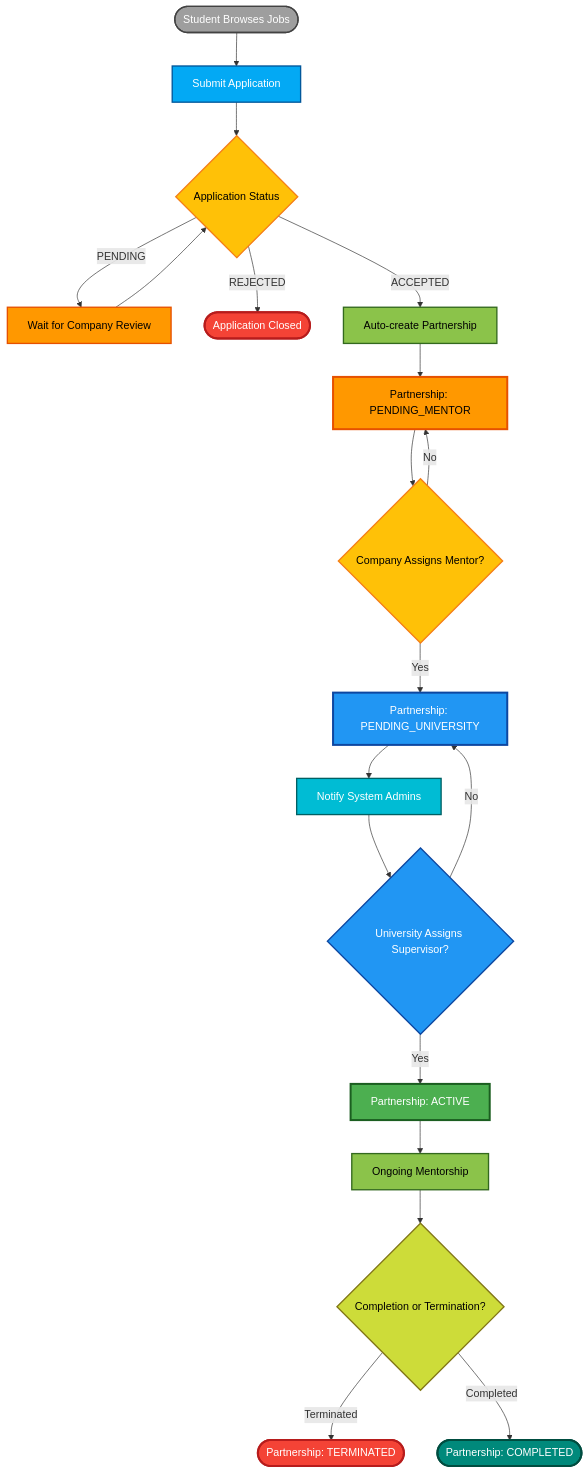
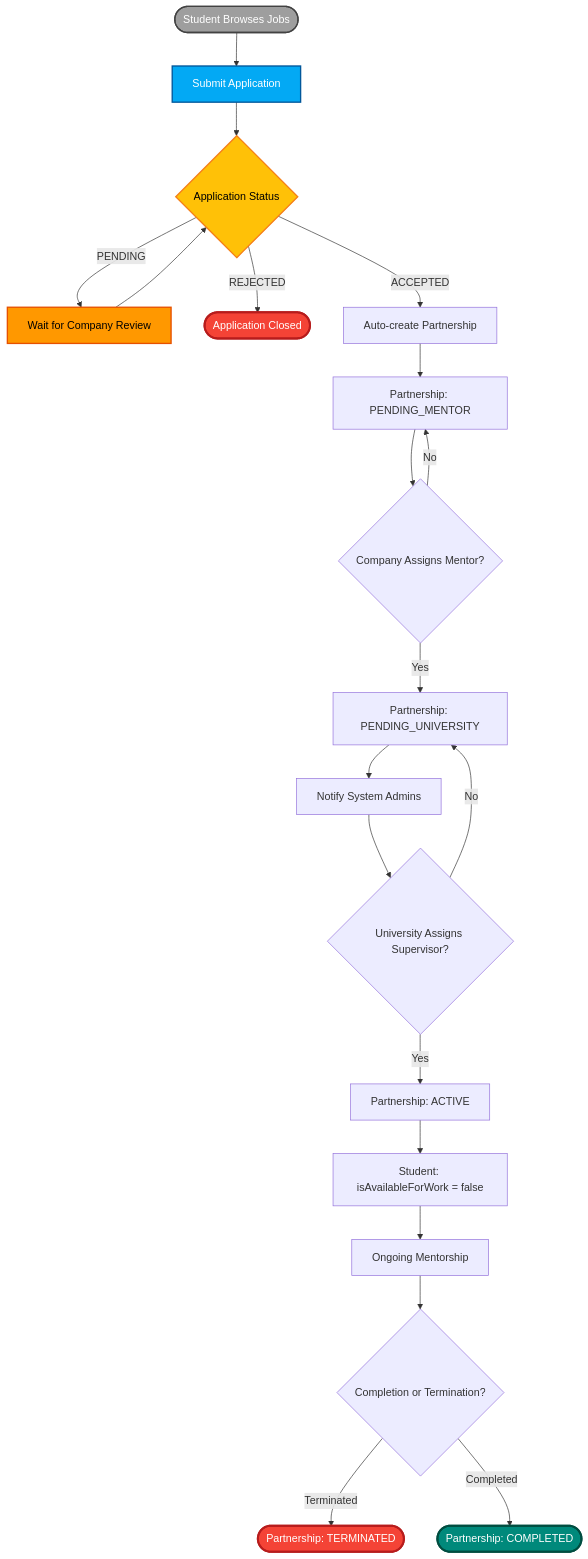
One commit to myloo23/dual-kepzes-frontend changed the seventh of 9 diagrams in backend dokumentacio.md. Above: the diagram before and after it, drawn with Mermaid. The commit also changed other lines of this file and 3 other files, not shown here.

````diff
--- a/backend dokumentacio.md
+++ b/backend dokumentacio.md
@@ -347,44 +492,36 @@
 ```mermaid
 flowchart TD
     Start([Student Browses Jobs]) --> Apply[Submit Application]
     Apply --> Status{Application Status}
 
     Status -->|PENDING| Wait[Wait for Company Review]
     Wait --> Status
 
     Status -->|REJECTED| End1([Application Closed])
 
     Status -->|ACCEPTED| CreatePartnership[Auto-create Partnership]
     CreatePartnership --> P1[Partnership: PENDING_MENTOR]
 
     P1 --> AssignMentor{Company Assigns Mentor?}
     AssignMentor -->|Yes| P2[Partnership: PENDING_UNIVERSITY]
     AssignMentor -->|No| P1
 
     P2 --> Notify1[Notify System Admins]
     Notify1 --> AssignUni{University Assigns Supervisor?}
     AssignUni -->|Yes| P3[Partnership: ACTIVE]
+    P3 --> SetAvail[Student: isAvailableForWork = false]
+    SetAvail --> Monitor[Ongoing Mentorship]
     AssignUni -->|No| P2
-
-    P3 --> Monitor[Ongoing Mentorship]
     Monitor --> Complete{Completion or Termination?}
     Complete -->|Terminated| End2([Partnership: TERMINATED])
     Complete -->|Completed| End3([Partnership: COMPLETED])
 
     style Start fill:#9e9e9e,stroke:#424242,stroke-width:2px,color:#fff
     style Apply fill:#03a9f4,stroke:#01579b,stroke-width:2px,color:#fff
     style Status fill:#ffc107,stroke:#f57f17,stroke-width:2px,color:#000
     style Wait fill:#ff9800,stroke:#e65100,stroke-width:2px,color:#000
     style End1 fill:#f44336,stroke:#b71c1c,stroke-width:3px,color:#fff
-    style CreatePartnership fill:#8bc34a,stroke:#33691e,stroke-width:2px,color:#000
-    style P1 fill:#ff9800,stroke:#e65100,stroke-width:3px,color:#000
-    style AssignMentor fill:#ffc107,stroke:#f57f17,stroke-width:2px,color:#000
-    style P2 fill:#2196f3,stroke:#0d47a1,stroke-width:3px,color:#fff
-    style Notify1 fill:#00bcd4,stroke:#006064,stroke-width:2px,color:#fff
-    style AssignUni fill:#2196f3,stroke:#0d47a1,stroke-width:2px,color:#fff
-    style P3 fill:#4caf50,stroke:#1b5e20,stroke-width:3px,color:#fff
-    style Monitor fill:#8bc34a,stroke:#33691e,stroke-width:2px,color:#000
-    style Complete fill:#cddc39,stroke:#827717,stroke-width:2px,color:#000
     style End2 fill:#f44336,stroke:#b71c1c,stroke-width:3px,color:#fff
     style End3 fill:#00897b,stroke:#004d40,stroke-width:3px,color:#fff
+
 ```
````
